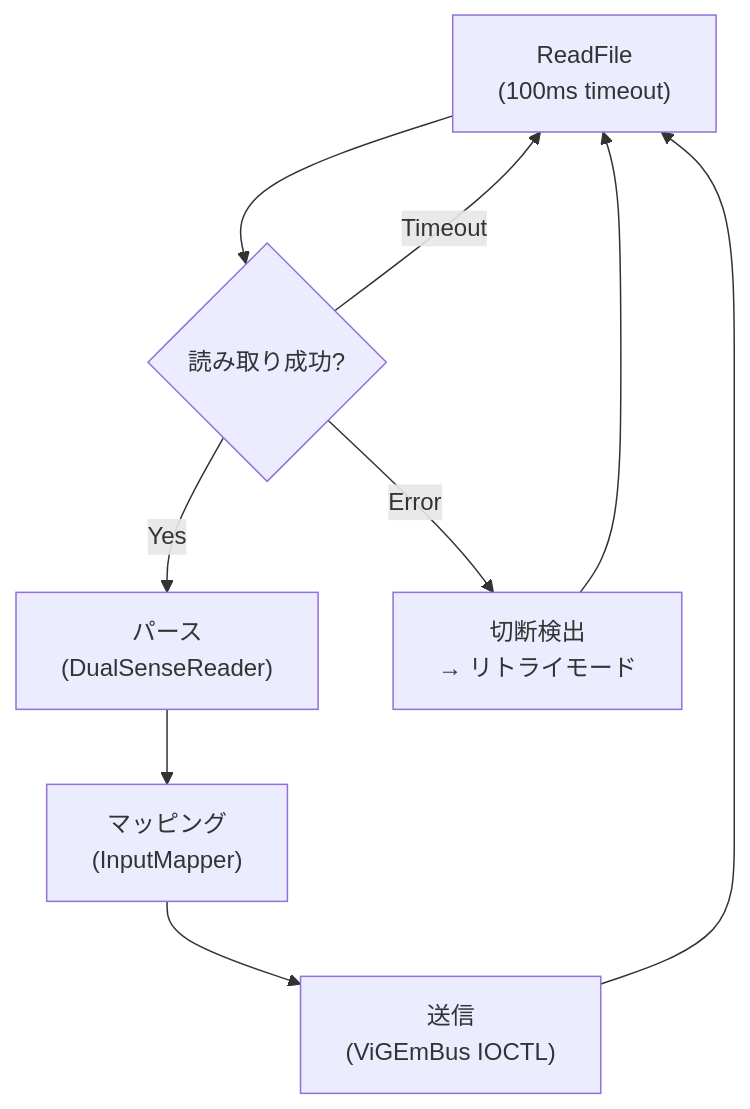
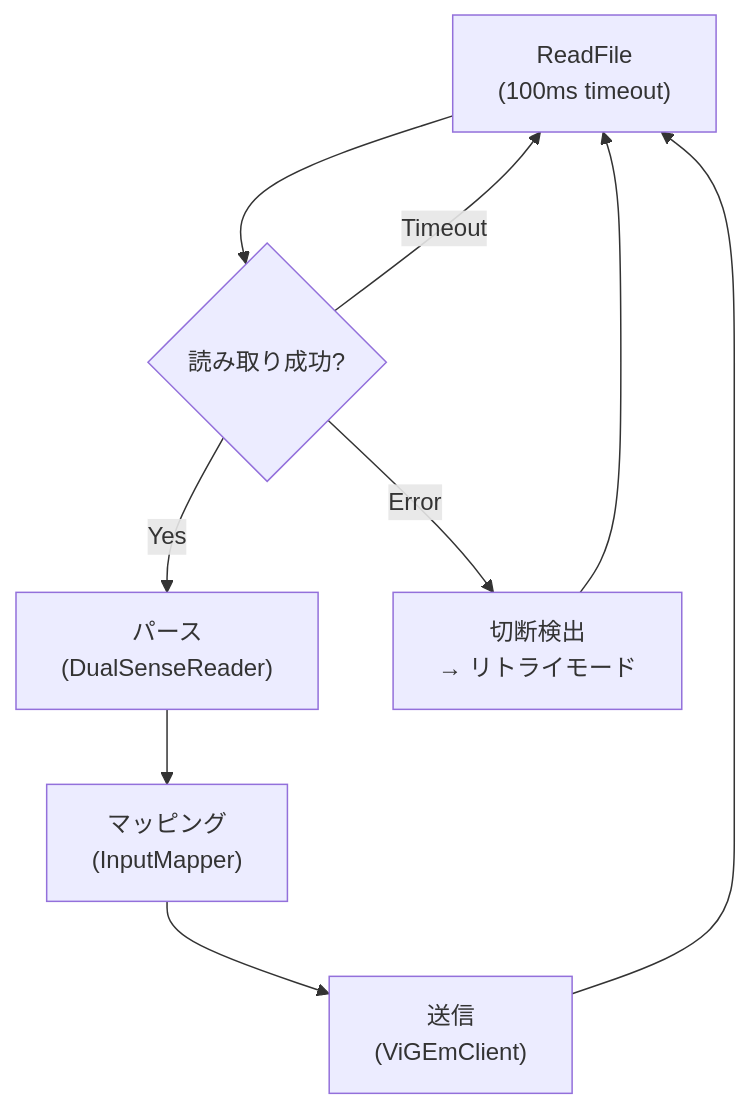
The second of 2 diagrams in docs/SPECIFICATION.md (jtkjp06/ds4xbox), drawn with Mermaid before and after one commit. The commit also changed other lines of this file and 10 other files, not shown here.

````diff
--- a/docs/SPECIFICATION.md
+++ b/docs/SPECIFICATION.md
@@ -220,11 +221,11 @@
 ```mermaid
 graph TD
     A["ReadFile<br/>(100ms timeout)"] --> B{読み取り成功?}
     B -->|Yes| C["パース<br/>(DualSenseReader)"]
     C --> D["マッピング<br/>(InputMapper)"]
-    D --> E["送信<br/>(ViGEmBus IOCTL)"]
+    D --> E["送信<br/>(ViGEmClient)"]
     E --> A
     B -->|Timeout| A
     B -->|Error| F["切断検出<br/>→ リトライモード"]
     F --> A
 ```
````
